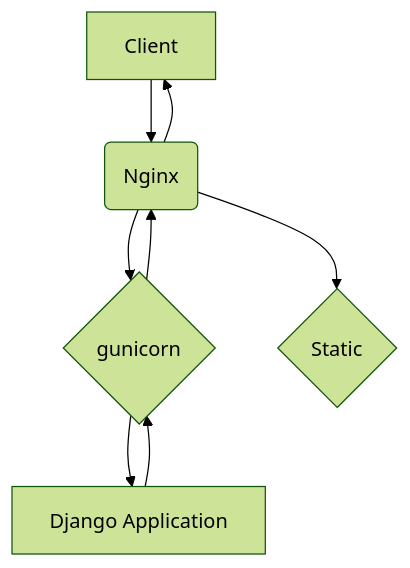
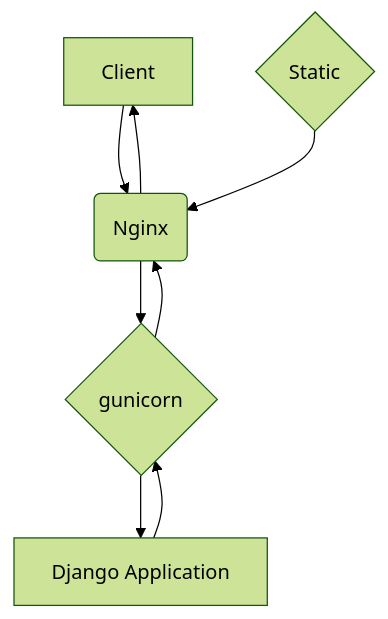
One commit to EvanRaeder/web-tutorial changed the diagram in docs/django-oci-deployment.md. Above: the diagram before and after it, drawn with Mermaid (forest theme).

Commit message:
rearrange flow chart

````diff
--- a/docs/django-oci-deployment.md
+++ b/docs/django-oci-deployment.md
@@ -5,10 +5,10 @@
 ```mermaid
 graph TD;
     A[Client] --> B(Nginx);
     B --> C{gunicorn};
     C --> D[Django Application];
-    B --> E{Static};
+    E{Static} --> B;
     D --> C;
     C --> B;
     B --> A;
 ```
````
